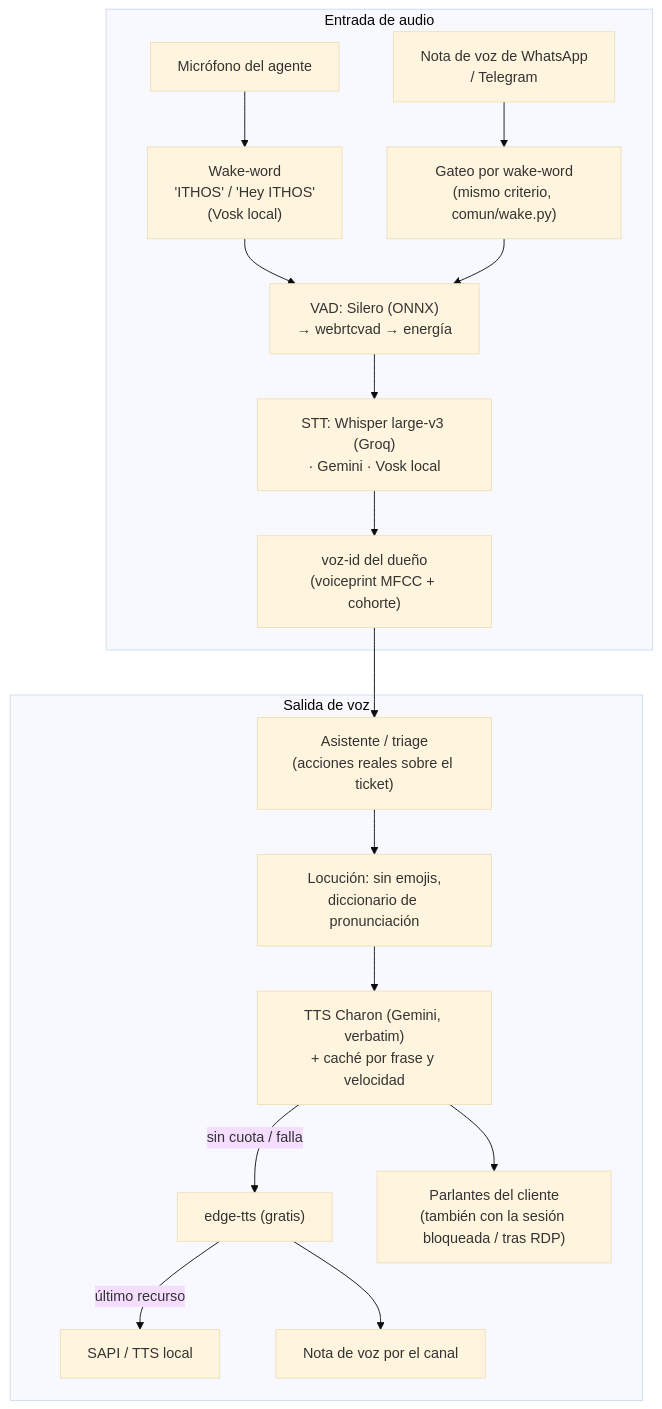
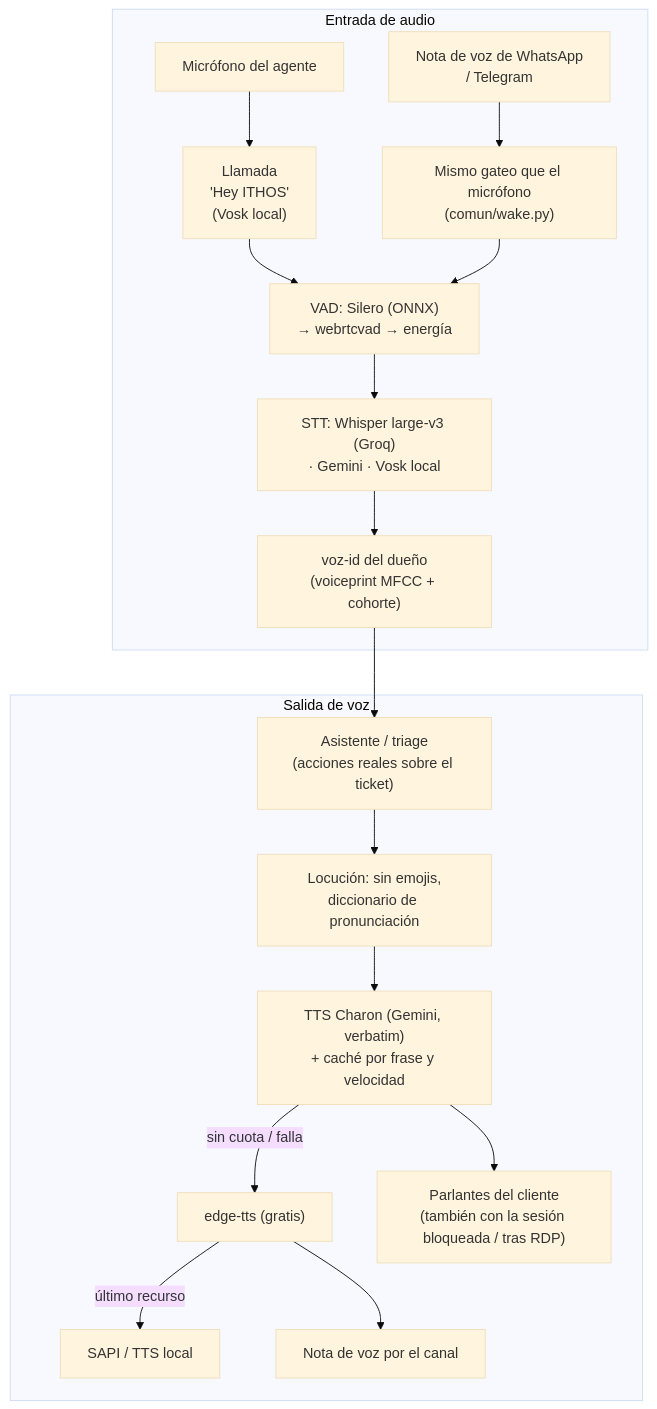
One commit to bsierra4262/ithos changed the second of 5 diagrams in DOCUMENTO_MAESTRO.md. Above: the diagram before and after it, drawn with Mermaid (base theme). The commit also changed other lines of this file and 15 other files, not shown here.

First line of the commit message:
wake-word: hay que LLAMARLO — 'Hey ITHOS'; nombrarlo suelto ya no activa

````diff
--- a/DOCUMENTO_MAESTRO.md
+++ b/DOCUMENTO_MAESTRO.md
@@ -93,20 +93,20 @@
 ```mermaid
 flowchart TD
     subgraph ENT["Entrada de audio"]
-        M1["Micrófono del agente"] --> W["Wake-word<br/>'ITHOS' / 'Hey ITHOS'<br/>(Vosk local)"]
-        M2["Nota de voz de WhatsApp<br/>/ Telegram"] --> G["Gateo por wake-word<br/>(mismo criterio, comun/wake.py)"]
+        M1["Micrófono del agente"] --> W["Llamada<br/>'Hey ITHOS'<br/>(Vosk local)"]
+        M2["Nota de voz de WhatsApp<br/>/ Telegram"] --> G["Mismo gateo que el micrófono<br/>(comun/wake.py)"]
         W --> V["VAD: Silero (ONNX)<br/>→ webrtcvad → energía"]
         G --> V
         V --> S["STT: Whisper large-v3 (Groq)<br/>· Gemini · Vosk local"]
         S --> ID["voz-id del dueño<br/>(voiceprint MFCC + cohorte)"]
     end
     ID --> AS["Asistente / triage<br/>(acciones reales sobre el ticket)"]
     subgraph SAL["Salida de voz"]
         AS --> L["Locución: sin emojis,<br/>diccionario de pronunciación"]
         L --> T1["TTS Charon (Gemini, verbatim)<br/>+ caché por frase y velocidad"]
         T1 -->|"sin cuota / falla"| T2["edge-tts (gratis)"]
         T2 -->|"último recurso"| T3["SAPI / TTS local"]
         T1 --> PAR["Parlantes del cliente<br/>(también con la sesión bloqueada / tras RDP)"]
         T2 --> NV["Nota de voz por el canal"]
     end
 ```
````
